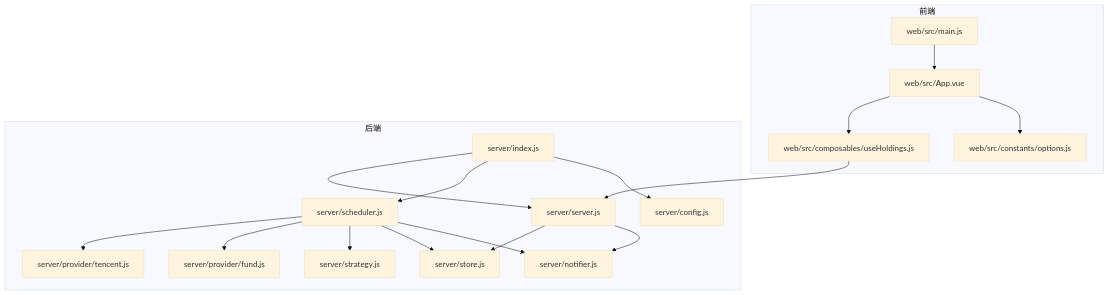
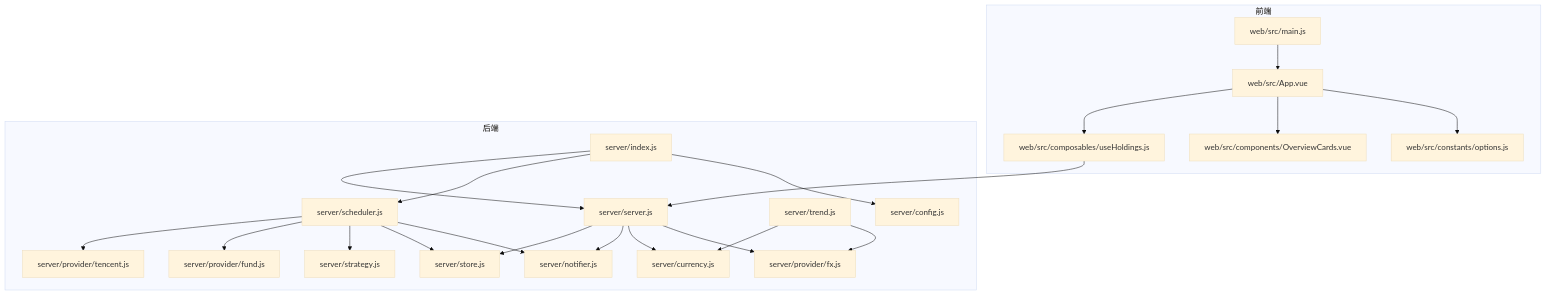
One commit to salenju/stock-advisor changed the first of 8 diagrams in .qoder/repowiki/zh/content/系统架构/系统架构.md. Above: the diagram before and after it, drawn with Mermaid (base theme). The commit also changed other lines of this file and 45 other files, not shown here.

````diff
--- a/.qoder/repowiki/zh/content/系统架构/系统架构.md
+++ b/.qoder/repowiki/zh/content/系统架构/系统架构.md
@@ -56,34 +72,43 @@
 ```mermaid
 graph TB
 subgraph "前端"
 FE_Main["web/src/main.js"]
 FE_App["web/src/App.vue"]
 FE_Hooks["web/src/composables/useHoldings.js"]
+FE_Overview["web/src/components/OverviewCards.vue"]
 FE_Const["web/src/constants/options.js"]
 end
 subgraph "后端"
 BE_Index["server/index.js"]
 BE_Server["server/server.js"]
 BE_Sched["server/scheduler.js"]
 BE_Strat["server/strategy.js"]
 BE_Store["server/store.js"]
 BE_Notify["server/notifier.js"]
+BE_Currency["server/currency.js"]
+BE_FX["server/provider/fx.js"]
+BE_Trend["server/trend.js"]
 BE_Config["server/config.js"]
 BE_Tencent["server/provider/tencent.js"]
 BE_Fund["server/provider/fund.js"]
 end
 FE_Main --> FE_App
 FE_App --> FE_Hooks
+FE_App --> FE_Overview
 FE_App --> FE_Const
 FE_Hooks --> BE_Server
 BE_Index --> BE_Server
 BE_Index --> BE_Sched
 BE_Index --> BE_Config
 BE_Sched --> BE_Tencent
 BE_Sched --> BE_Fund
 BE_Sched --> BE_Strat
 BE_Sched --> BE_Store
 BE_Sched --> BE_Notify
 BE_Server --> BE_Store
 BE_Server --> BE_Notify
+BE_Server --> BE_Currency
+BE_Server --> BE_FX
+BE_Trend --> BE_Currency
+BE_Trend --> BE_FX
 ```
````
